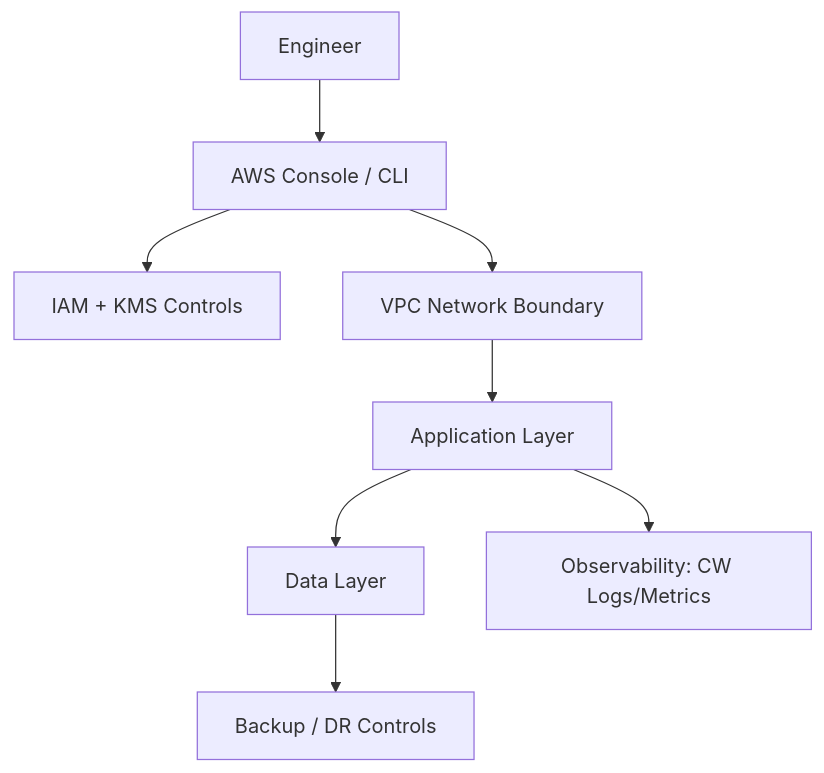
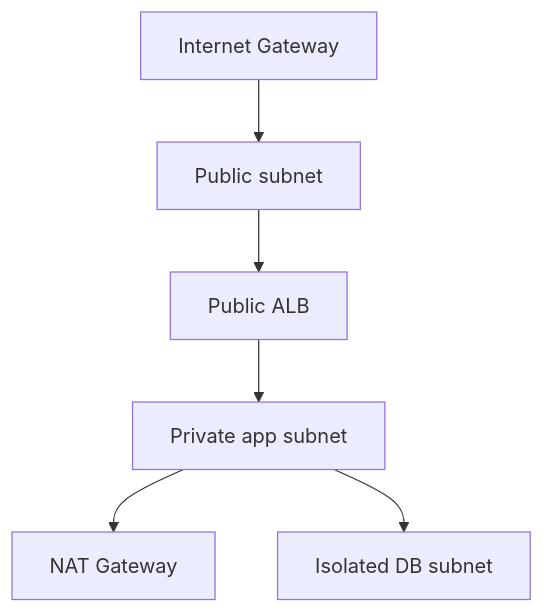
Before and after one commit to somkid-s5/AWS-SAA-Custom-Labs: the diagram in labs/01-vpc-from-scratch.md, drawn with Mermaid. The commit also changed other lines of this file and 27 other files, not shown here.

````diff
--- a/labs/01-vpc-from-scratch.md
+++ b/labs/01-vpc-from-scratch.md
@@ -40,10 +10,8 @@
 ```mermaid
 graph TD
-    U[Engineer] --> C[AWS Console / CLI]
-    C --> I[IAM + KMS Controls]
-    C --> N[VPC Network Boundary]
-    N --> A[Application Layer]
-    A --> D[Data Layer]
-    A --> O[Observability: CW Logs/Metrics]
-    D --> B[Backup / DR Controls]
+  IGW[Internet Gateway] --> Pub[Public subnet]
+  Pub --> ALB[Public ALB]
+  ALB --> App[Private app subnet]
+  App --> NAT[NAT Gateway]
+  App --> DB[Isolated DB subnet]
 ```
````
